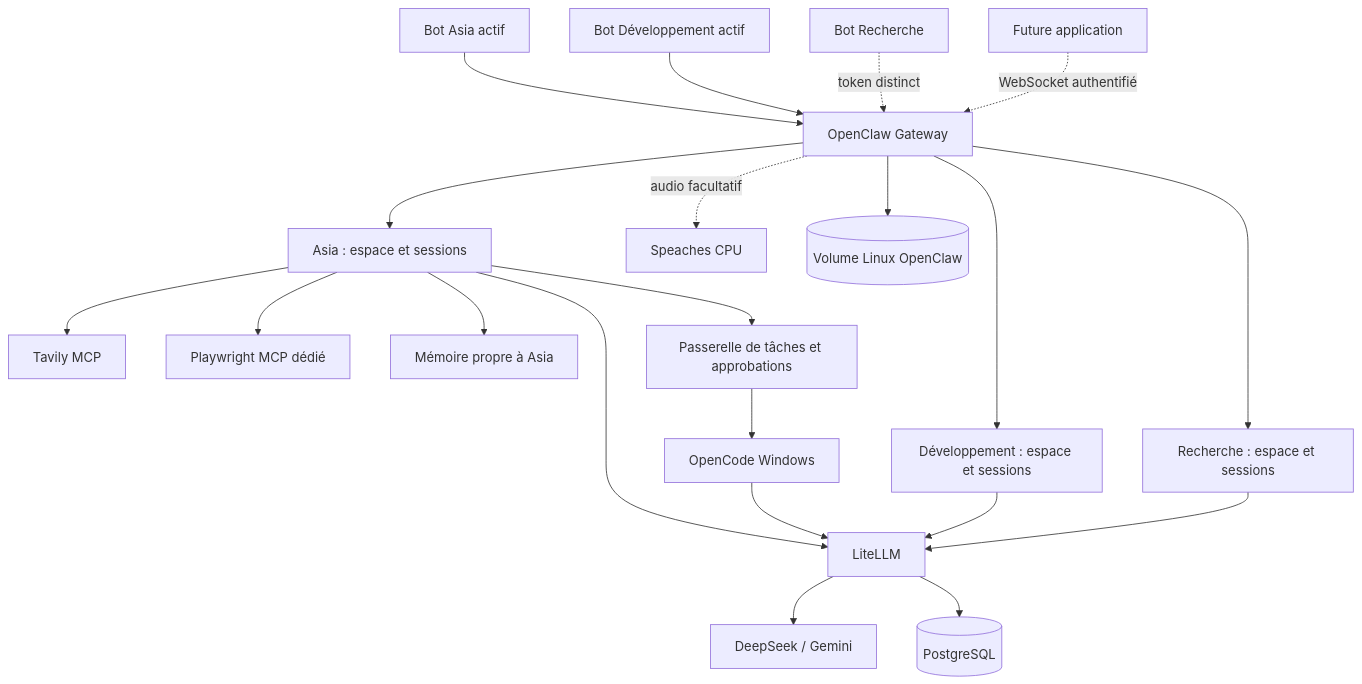
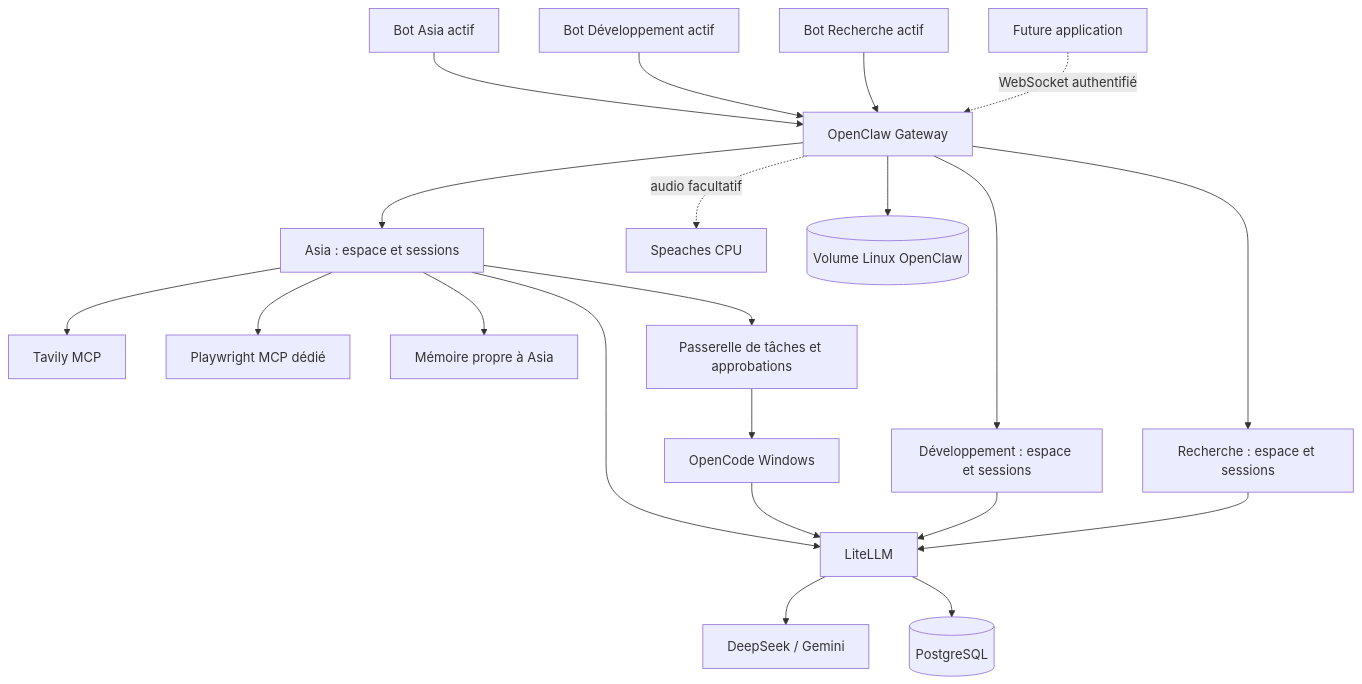
One commit to Abdourahmandev/Platforme_agentique changed the diagram in documentation/architecture.md. Above: the diagram before and after it, drawn with Mermaid. The commit also changed other lines of this file and 11 other files, not shown here.

````diff
--- a/documentation/architecture.md
+++ b/documentation/architecture.md
@@ -9,23 +9,23 @@
 ```mermaid
 flowchart TD
     TA[Bot Asia actif] --> O[OpenClaw Gateway]
     TD[Bot Développement actif] --> O
-    TR[Bot Recherche] -. token distinct .-> O
+    TR[Bot Recherche actif] --> O
     APP[Future application] -. WebSocket authentifié .-> O
     O --> A[Asia : espace et sessions]
     O --> D[Développement : espace et sessions]
     O --> R[Recherche : espace et sessions]
     A --> L[LiteLLM]
     A --> T[Tavily MCP]
     A --> B[Playwright MCP dédié]
     A --> MM[Mémoire propre à Asia]
     A --> BR[Passerelle de tâches et approbations]
     BR --> OC[OpenCode Windows]
     OC --> L
     D --> L
     R --> L
     L --> M[DeepSeek / Gemini]
     L --> P[(PostgreSQL)]
     O -. audio facultatif .-> S[Speaches CPU]
     O --> V[(Volume Linux OpenClaw)]
 ```
````
